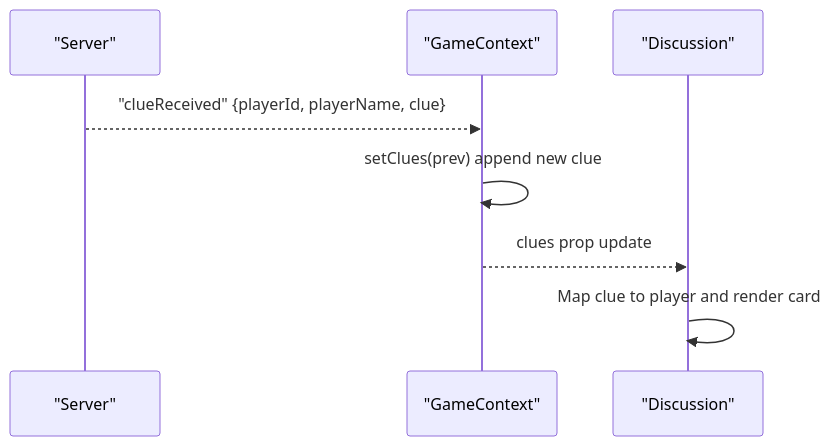
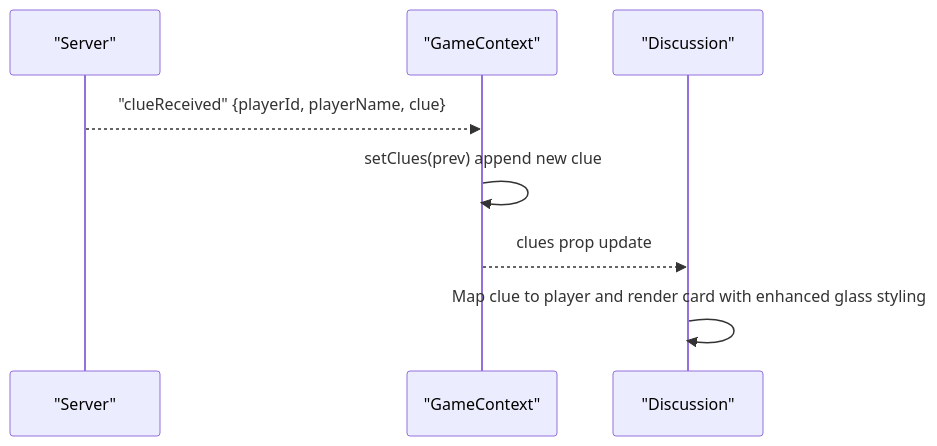
The fourth of 10 diagrams in .qoder/repowiki/en/content/Game Screens and UI Components/Discussion Screen.md (sparshgupta001/imposter_game), drawn with Mermaid before and after one commit. The commit also changed other lines of this file and 22 other files, not shown here.

````diff
--- a/.qoder/repowiki/en/content/Game Screens and UI Components/Discussion Screen.md
+++ b/.qoder/repowiki/en/content/Game Screens and UI Components/Discussion Screen.md
@@ -196,10 +206,10 @@
 ```mermaid
 sequenceDiagram
 participant Server as "Server"
 participant GameCtx as "GameContext"
 participant Disc as "Discussion"
 Server-->>GameCtx : "clueReceived" {playerId, playerName, clue}
 GameCtx->>GameCtx : setClues(prev) append new clue
 GameCtx-->>Disc : clues prop update
-Disc->>Disc : Map clue to player and render card
+Disc->>Disc : Map clue to player and render card with enhanced glass styling
 ```
````
